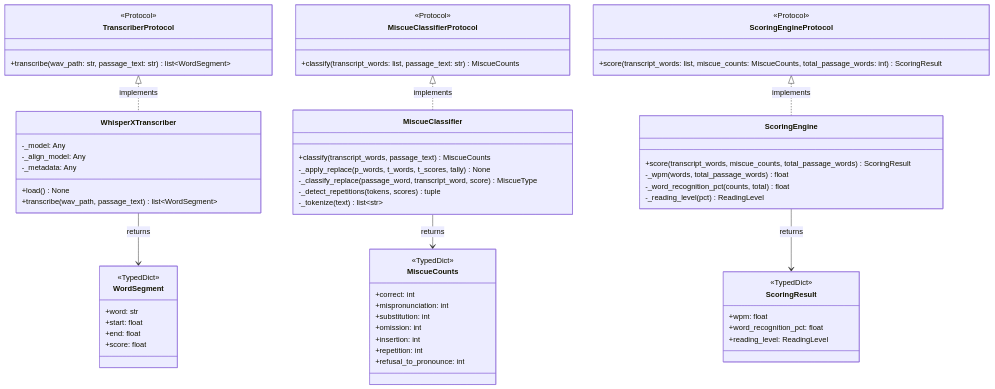
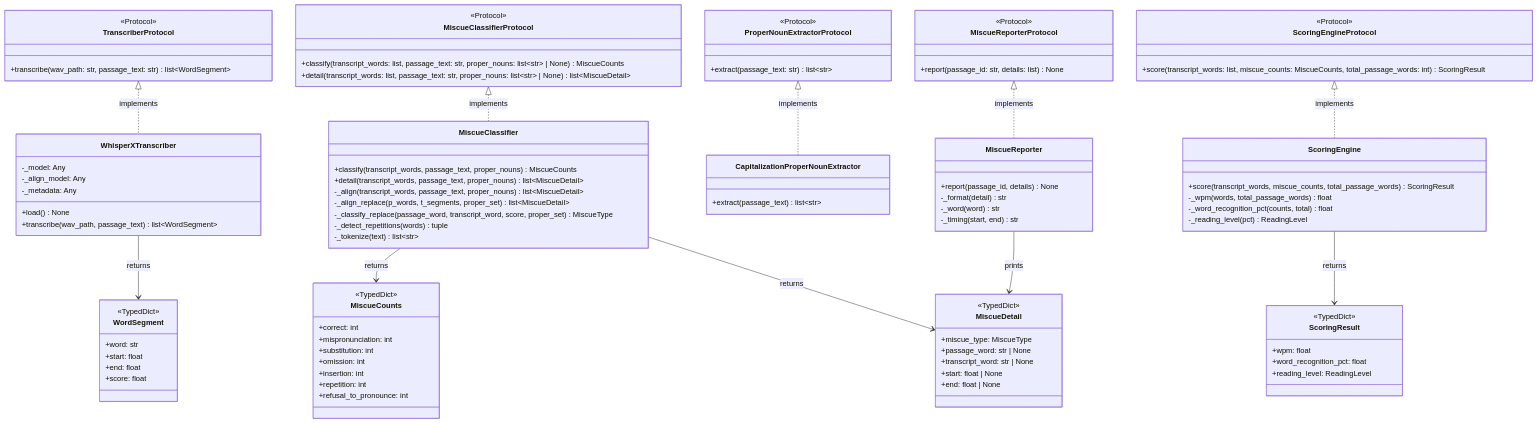
The first of 2 diagrams in docs/uml/class/go2-classes.md (ChristianNemeno/SE-Module-02), drawn with Mermaid before and after one commit. The commit also changed other lines of this file and 23 other files, not shown here.

````diff
--- a/docs/uml/class/go2-classes.md
+++ b/docs/uml/class/go2-classes.md
@@ -22,13 +22,16 @@
     }
     class MiscueClassifierProtocol {
         <<Protocol>>
-        +classify(transcript_words: list, passage_text: str) MiscueCounts
+        +classify(transcript_words: list, passage_text: str, proper_nouns: list~str~ | None) MiscueCounts
+        +detail(transcript_words: list, passage_text: str, proper_nouns: list~str~ | None) list~MiscueDetail~
     }
     class MiscueClassifier {
-        +classify(transcript_words, passage_text) MiscueCounts
-        -_apply_replace(p_words, t_words, t_scores, tally) None
-        -_classify_replace(passage_word, transcript_word, score) MiscueType
-        -_detect_repetitions(tokens, scores) tuple
+        +classify(transcript_words, passage_text, proper_nouns) MiscueCounts
+        +detail(transcript_words, passage_text, proper_nouns) list~MiscueDetail~
+        -_align(transcript_words, passage_text, proper_nouns) list~MiscueDetail~
+        -_align_replace(p_words, t_segments, proper_set) list~MiscueDetail~
+        -_classify_replace(passage_word, transcript_word, score, proper_set) MiscueType
+        -_detect_repetitions(words) tuple
         -_tokenize(text) list~str~
     }
     class MiscueCounts {
@@ -40,6 +43,31 @@
         +insertion: int
         +repetition: int
         +refusal_to_pronounce: int
+    }
+    class MiscueDetail {
+        <<TypedDict>>
+        +miscue_type: MiscueType
+        +passage_word: str | None
+        +transcript_word: str | None
+        +start: float | None
+        +end: float | None
+    }
+    class ProperNounExtractorProtocol {
+        <<Protocol>>
+        +extract(passage_text: str) list~str~
+    }
+    class CapitalizationProperNounExtractor {
+        +extract(passage_text) list~str~
+    }
+    class MiscueReporterProtocol {
+        <<Protocol>>
+        +report(passage_id: str, details: list) None
+    }
+    class MiscueReporter {
+        +report(passage_id, details) None
+        -_format(detail) str
+        -_word(word) str
+        -_timing(start, end) str
     }
     class ScoringEngineProtocol {
         <<Protocol>>
@@ -61,6 +89,10 @@
     WhisperXTranscriber --> WordSegment : returns
     MiscueClassifierProtocol <|.. MiscueClassifier : implements
     MiscueClassifier --> MiscueCounts : returns
+    MiscueClassifier --> MiscueDetail : returns
+    ProperNounExtractorProtocol <|.. CapitalizationProperNounExtractor : implements
+    MiscueReporterProtocol <|.. MiscueReporter : implements
+    MiscueReporter --> MiscueDetail : prints
     ScoringEngineProtocol <|.. ScoringEngine : implements
     ScoringEngine --> ScoringResult : returns
 ```
````
